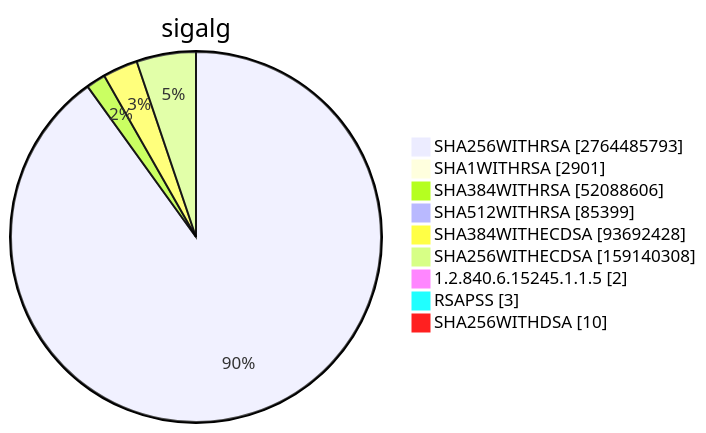
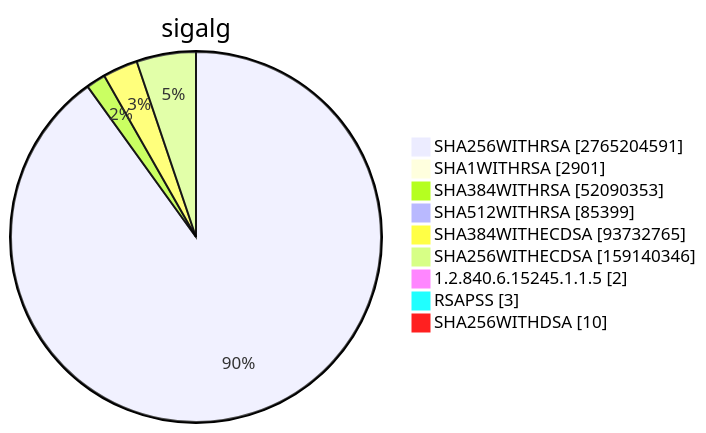
One commit to christiankrug/ctmonitor_visualization changed diagram 15 of 15 in TOTAL/README.md. Above: the diagram before and after it, drawn with Mermaid. The commit also changed other lines of this file, not shown here.

````diff
--- a/TOTAL/README.md
+++ b/TOTAL/README.md
@@ -6205,13 +6205,13 @@
 ```mermaid
 pie showData
 title sigalg
-"SHA256WITHRSA" :2764485793
+"SHA256WITHRSA" :2765204591
 "SHA1WITHRSA" :2901
-"SHA384WITHRSA" :52088606
+"SHA384WITHRSA" :52090353
 "SHA512WITHRSA" :85399
-"SHA384WITHECDSA" :93692428
-"SHA256WITHECDSA" :159140308
+"SHA384WITHECDSA" :93732765
+"SHA256WITHECDSA" :159140346
 "1.2.840.6.15245.1.1.5" :2
 "RSAPSS" :3
 "SHA256WITHDSA" :10
 ```
````
